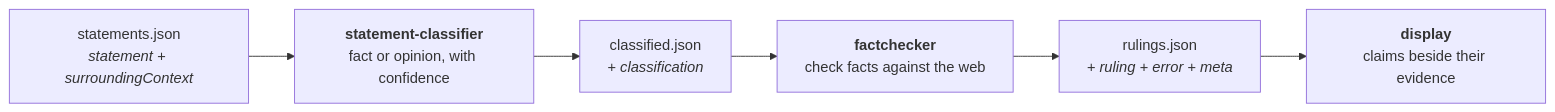
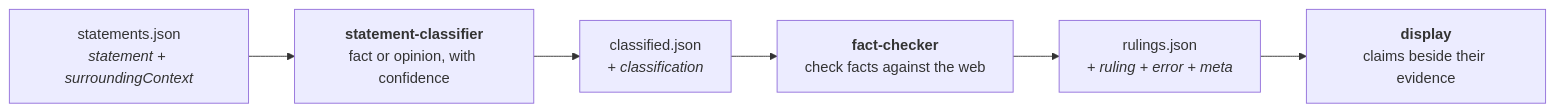
One commit to mt-krainski/DevOps-for-Gen-AI---Ottawa-2026---Team-15 changed the diagram in README.md. Above: the diagram before and after it, drawn with Mermaid. The commit also changed other lines of this file and 7 other files, not shown here.

First line of the commit message:
Give fact-checker its CI job, quality suite, and documentation

````diff
--- a/README.md
+++ b/README.md
@@ -71,9 +73,9 @@
 ```mermaid
 flowchart LR
     A["statements.json<br/><i>statement + surroundingContext</i>"]
       --> B["<b>statement-classifier</b><br/>fact or opinion, with confidence"]
     B --> C["classified.json<br/><i>+ classification</i>"]
-    C --> D["<b>factchecker</b><br/>check facts against the web"]
+    C --> D["<b>fact-checker</b><br/>check facts against the web"]
     D --> E["rulings.json<br/><i>+ ruling + error + meta</i>"]
     E --> F["<b>display</b><br/>claims beside their evidence"]
 ```
````
